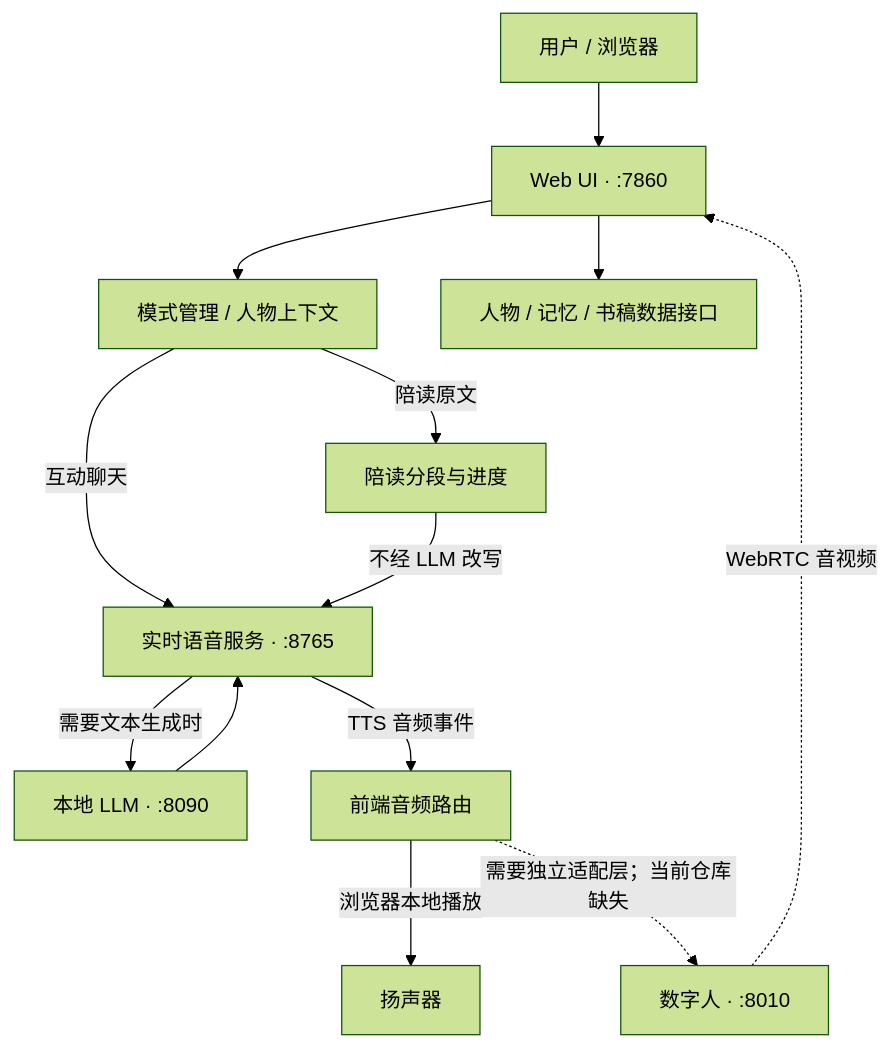
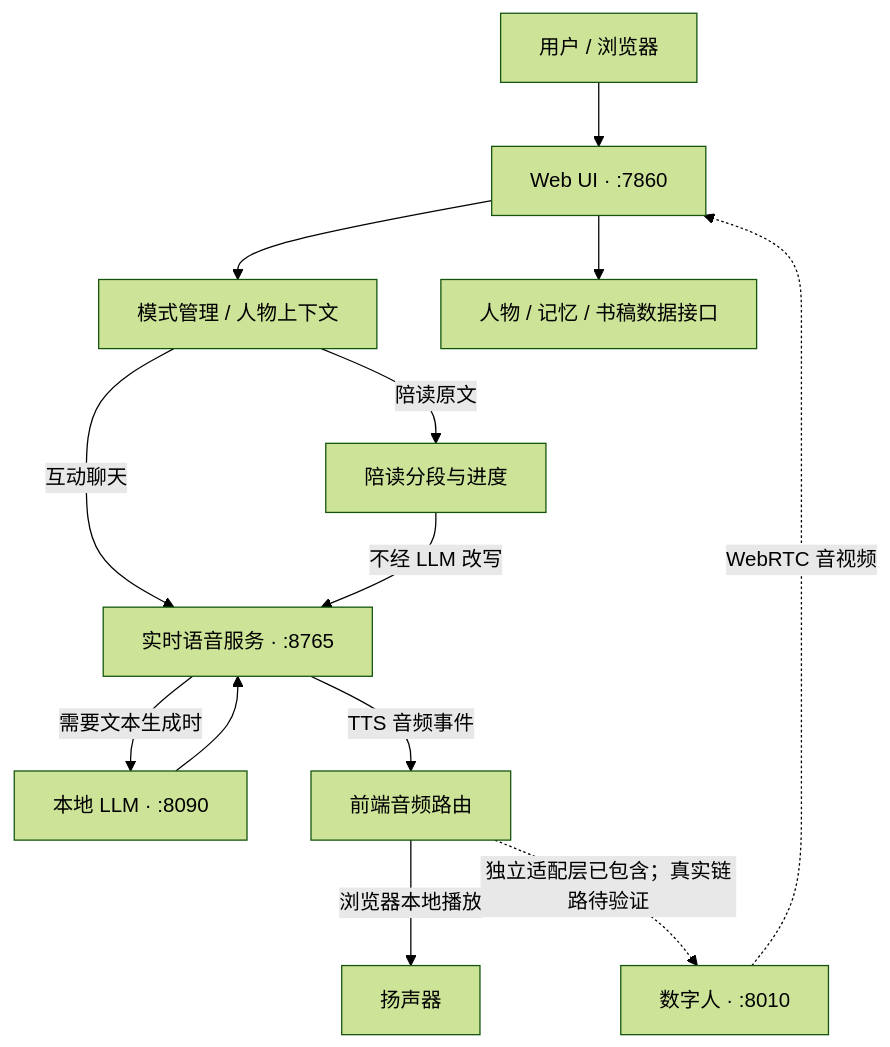
One commit to asd454314633-byte/AI-Girlfriend changed the diagram in README.md. Above: the diagram before and after it, drawn with Mermaid (forest theme). The commit also changed other lines of this file and 4 other files, not shown here.

````diff
--- a/README.md
+++ b/README.md
@@ -219,15 +219,15 @@
 ```mermaid
 flowchart TD
     U["用户 / 浏览器"] --> UI["Web UI · :7860"]
     UI --> MODE["模式管理 / 人物上下文"]
     MODE -->|互动聊天| S2S["实时语音服务 · :8765"]
     MODE -->|陪读原文| READ["陪读分段与进度"]
     READ -->|不经 LLM 改写| S2S
     S2S -->|需要文本生成时| LLM["本地 LLM · :8090"]
     LLM --> S2S
     S2S -->|TTS 音频事件| ROUTER["前端音频路由"]
     ROUTER -->|浏览器本地播放| SPEAKER["扬声器"]
-    ROUTER -.->|需要独立适配层；当前仓库缺失| AV["数字人 · :8010"]
+    ROUTER -.->|独立适配层已包含；真实链路待验证| AV["数字人 · :8010"]
     AV -.->|WebRTC 音视频| UI
     UI --> CHAR["人物 / 记忆 / 书稿数据接口"]
 ```
````
